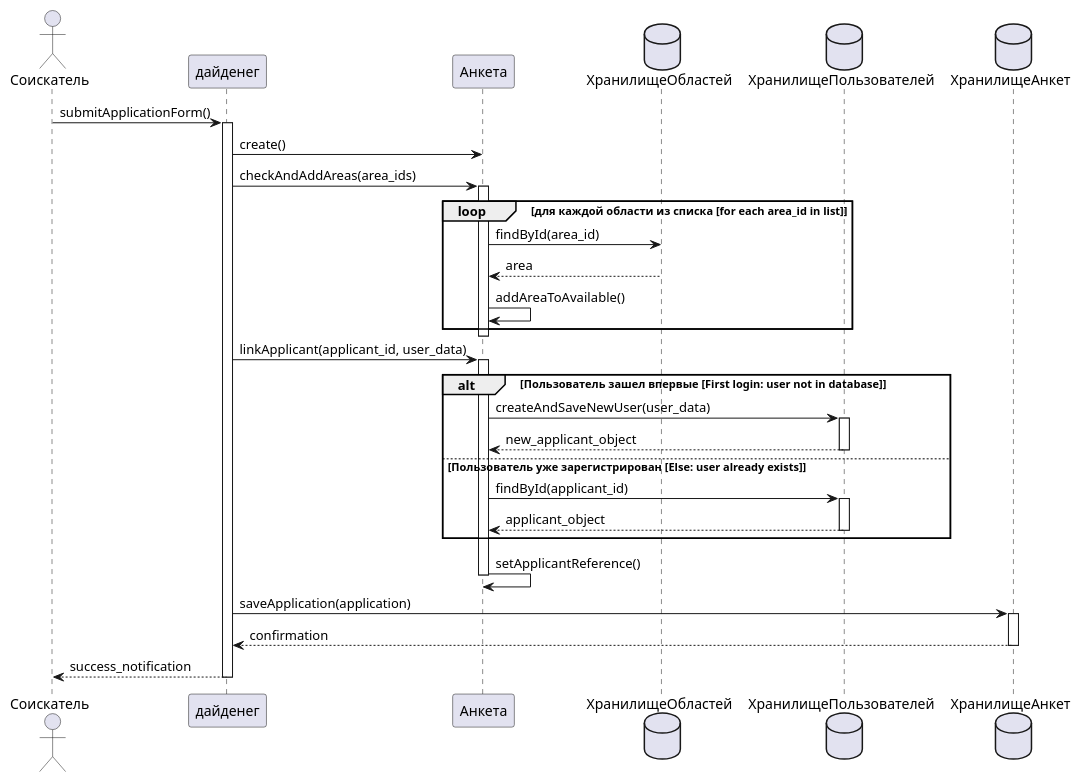
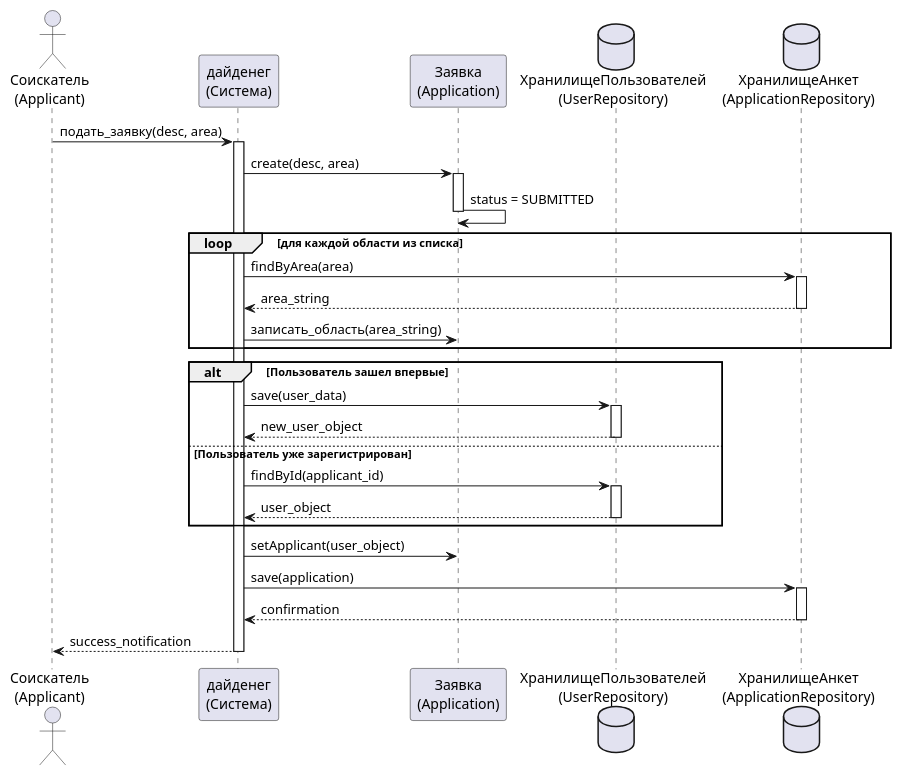
The diagram in Диаграмма_последовательности_Подача_заявки.md (penamarth/bsbo-10-24_team4_var9_techexp), drawn with PlantUML before and after one commit.

Commit message:
Обновлена диграмма последовательности "Подача заявки"

````diff
--- a/Диаграмма_последовательности_Подача_заявки.md
+++ b/Диаграмма_последовательности_Подача_заявки.md
@@ -3,52 +3,49 @@
 ```plantuml
 @startuml
 skinparam responseMessageBelowArrow true
 
-actor "Соискатель" as applicant
-participant "дайденег" as system
-participant "Анкета" as application
-database "ХранилищеОбластей" as area_repo
-database "ХранилищеПользователей" as user_repo
-database "ХранилищеАнкет" as app_repo
+actor "Соискатель\n(Applicant)" as applicant
+participant "дайденег\n(Система)" as system
+participant "Заявка\n(Application)" as application
+database "ХранилищеПользователей\n(UserRepository)" as user_repo
+database "ХранилищеАнкет\n(ApplicationRepository)" as app_repo
 
-applicant -> system : submitApplicationForm()
+applicant -> system : подать_заявку(desc, area)
 activate system
 
-system -> application : create()
-
-system -> application : checkAndAddAreas(area_ids)
+system -> application : create(desc, area)
 activate application
-loop для каждой области из списка [for each area_id in list]
-    application -> area_repo : findById(area_id)
-    area_repo --> application : area
-    application -> application : addAreaToAvailable()
-end
+application -> application : status = SUBMITTED
 deactivate application
 
-system -> application : linkApplicant(applicant_id, user_data)
-activate application
+loop для каждой области из списка
+    system -> app_repo : findByArea(area)
+    activate app_repo
+    app_repo --> system : area_string
+    deactivate app_repo
+    system -> application : записать_область(area_string)
+end
 
-alt Пользователь зашел впервые [First login: user not in database]
-    application -> user_repo : createAndSaveNewUser(user_data)
+alt Пользователь зашел впервые
+    system -> user_repo : save(user_data)
     activate user_repo
-    user_repo --> application : new_applicant_object
+    user_repo --> system : new_user_object
     deactivate user_repo
-else Пользователь уже зарегистрирован [Else: user already exists]
-    application -> user_repo : findById(applicant_id)
+else Пользователь уже зарегистрирован
+    system -> user_repo : findById(applicant_id)
     activate user_repo
-    user_repo --> application : applicant_object
+    user_repo --> system : user_object
     deactivate user_repo
 end
 
-application -> application : setApplicantReference()
-deactivate application
+system -> application : setApplicant(user_object)
 
-system -> app_repo : saveApplication(application)
+system -> app_repo : save(application)
 activate app_repo
 app_repo --> system : confirmation
 deactivate app_repo
 
 system --> applicant : success_notification
 deactivate system
 @endum
 ```
````
